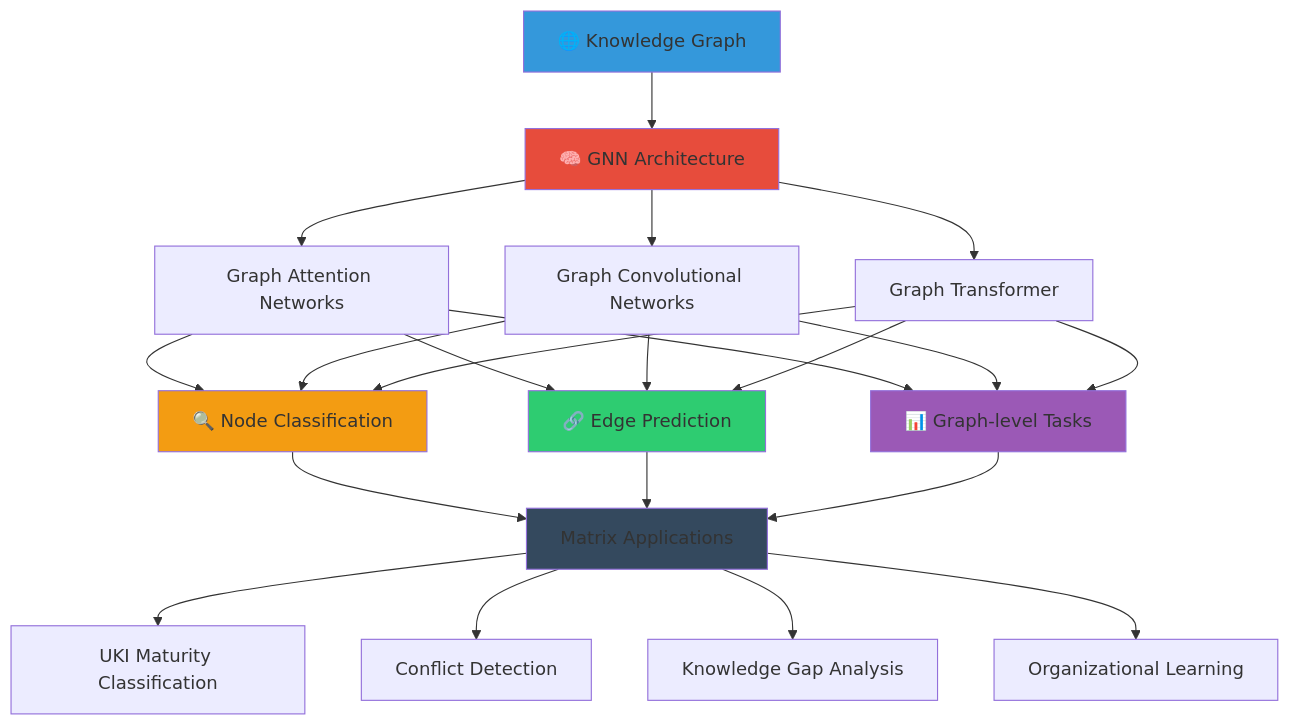
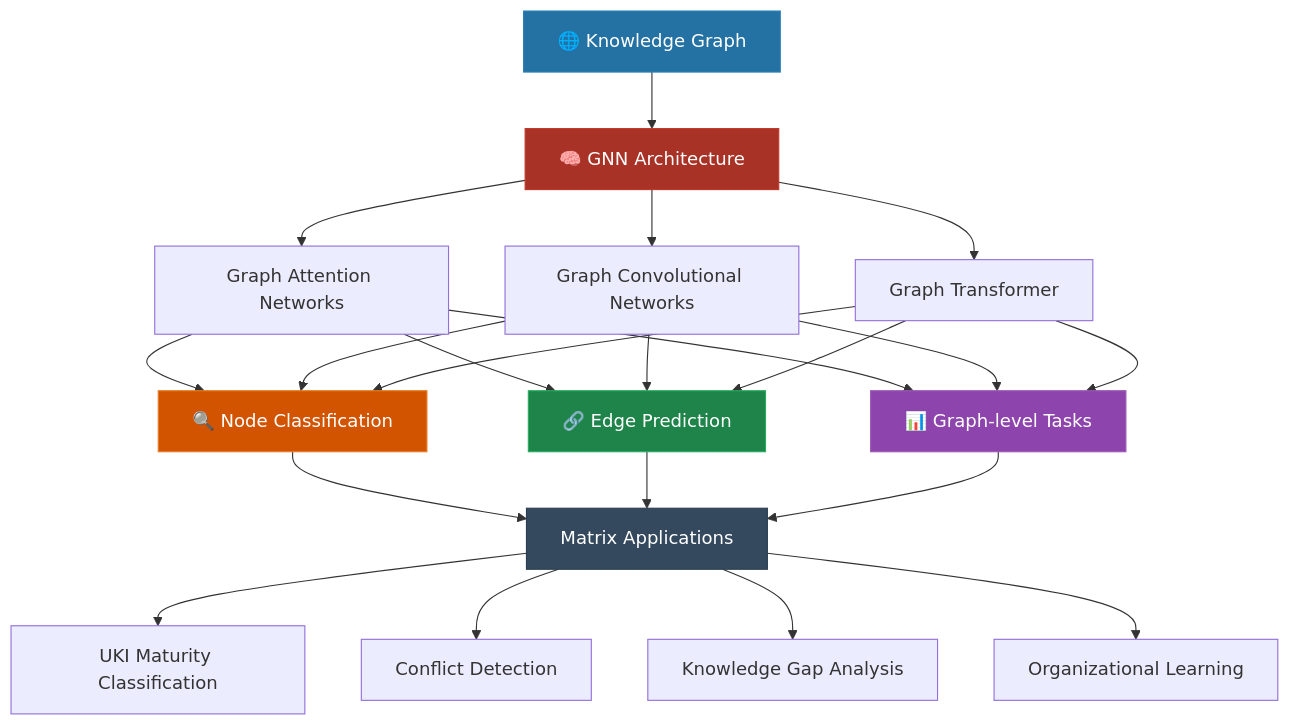
Before and after one commit to casheiro/matrix-protocol: the third of 4 diagrams in content/en/docs/frameworks/inference-reasoning.md, drawn with Mermaid. The commit also changed other lines of this file and 36 other files, not shown here.

````diff
--- a/content/en/docs/frameworks/inference-reasoning.md
+++ b/content/en/docs/frameworks/inference-reasoning.md
@@ -304,36 +306,37 @@
 ```mermaid
 graph TD
     A[🌐 Knowledge Graph] --> B[🧠 GNN Architecture]
     
     B --> B1[Graph Attention Networks]
     B --> B2[Graph Convolutional Networks] 
     B --> B3[Graph Transformer]
     
     B1 --> C[🔍 Node Classification]
     B2 --> C
     B3 --> C
     
     B1 --> D[🔗 Edge Prediction]
     B2 --> D
     B3 --> D
     
     B1 --> E[📊 Graph-level Tasks]
     B2 --> E
     B3 --> E
     
     C --> F[Matrix Applications]
     D --> F
     E --> F
     
     F --> F1[UKI Maturity Classification]
     F --> F2[Conflict Detection]
     F --> F3[Knowledge Gap Analysis]
     F --> F4[Organizational Learning]
     
-    style A fill:#3498db
-    style B fill:#e74c3c
-    style C fill:#f39c12
-    style D fill:#2ecc71
-    style E fill:#9b59b6
-    style F fill:#34495e
+    %% GNN Maturity Classification - UKI lifecycle
+    style A fill:#2471A3,stroke:#2980B9,color:#fff
+    style B fill:#A93226,stroke:#C0392B,color:#fff
+    style C fill:#D35400,stroke:#E67E22,color:#fff
+    style D fill:#1E8449,stroke:#27AE60,color:#fff
+    style E fill:#8E44AD,stroke:#9B59B6,color:#fff
+    style F fill:#34495E,stroke:#2C3E50,color:#fff
 ```
````
